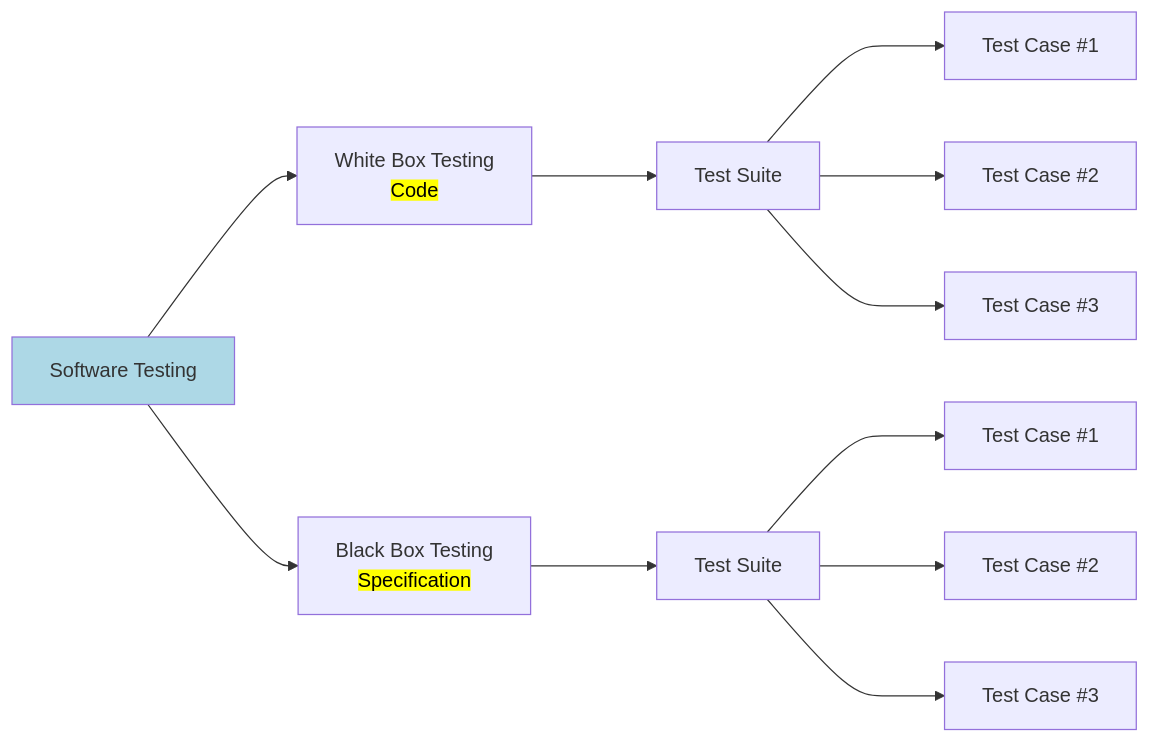
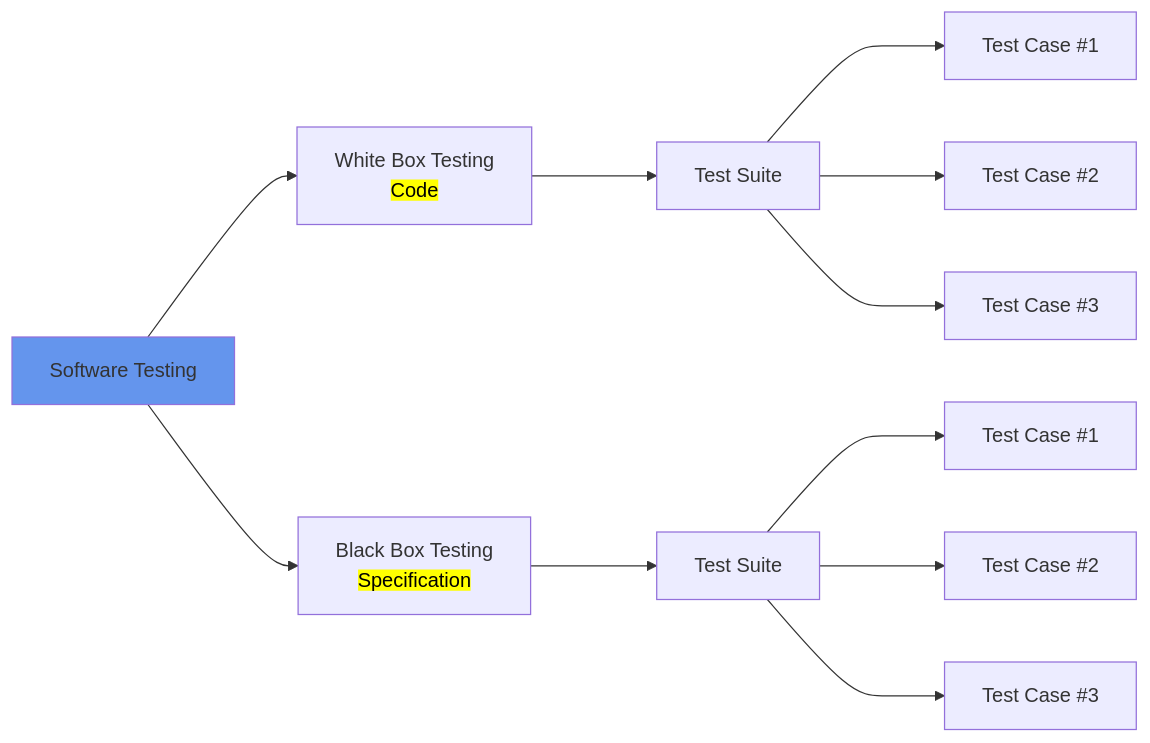
The second of 2 diagrams in Software Testing/Begin Here.md (sd4483/Obsidian), drawn with Mermaid before and after one commit. The commit also changed 1 other file, not shown here.

Commit message:
vault backup: 2023-03-02 10:58:12

````diff
--- a/Software Testing/Begin Here.md
+++ b/Software Testing/Begin Here.md
@@ -13,11 +13,11 @@
 ```mermaid
 flowchart LR
 	SWT[Software Testing]:::swt --> WBT[White Box Testing \n <mark>Code</mark>] & BBT[Black Box Testing \n <mark>Specification</mark>]	
 	
 	WBT ---> TSW[Test Suite]
 	TSW ---> TCW1[Test Case #1] & TCW2[Test Case #2] & TCW3[Test Case #3]
 	
 	BBT ---> TSB[Test Suite]
 	TSB ---> TCB1[Test Case #1] & TCB2[Test Case #2] & TCB3[Test Case #3]
-	classDef swt fill:#ADD8E6
+	classDef swt fill:#6495ED
 ```
````
